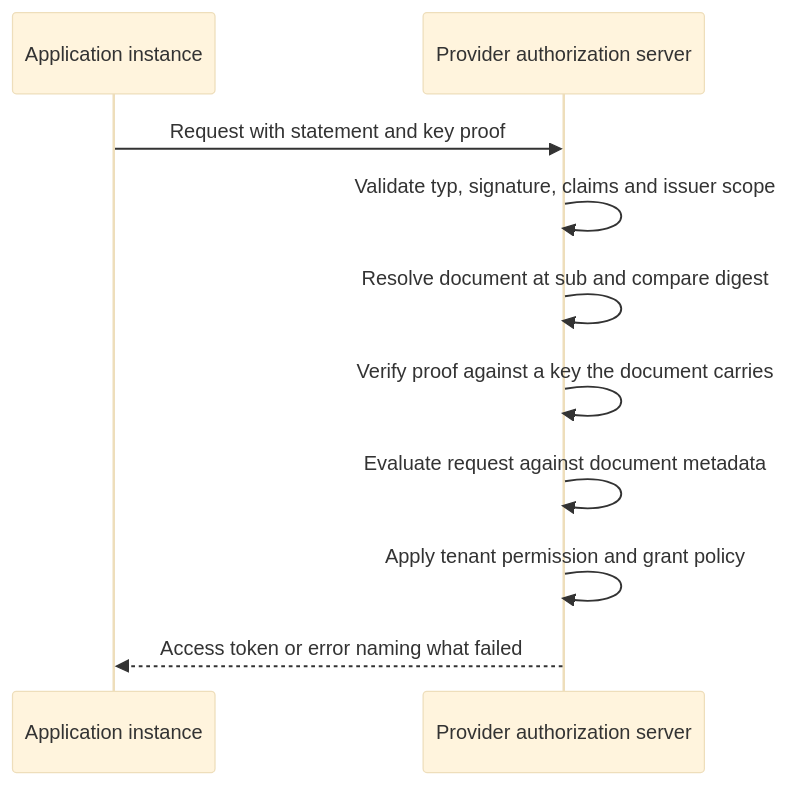
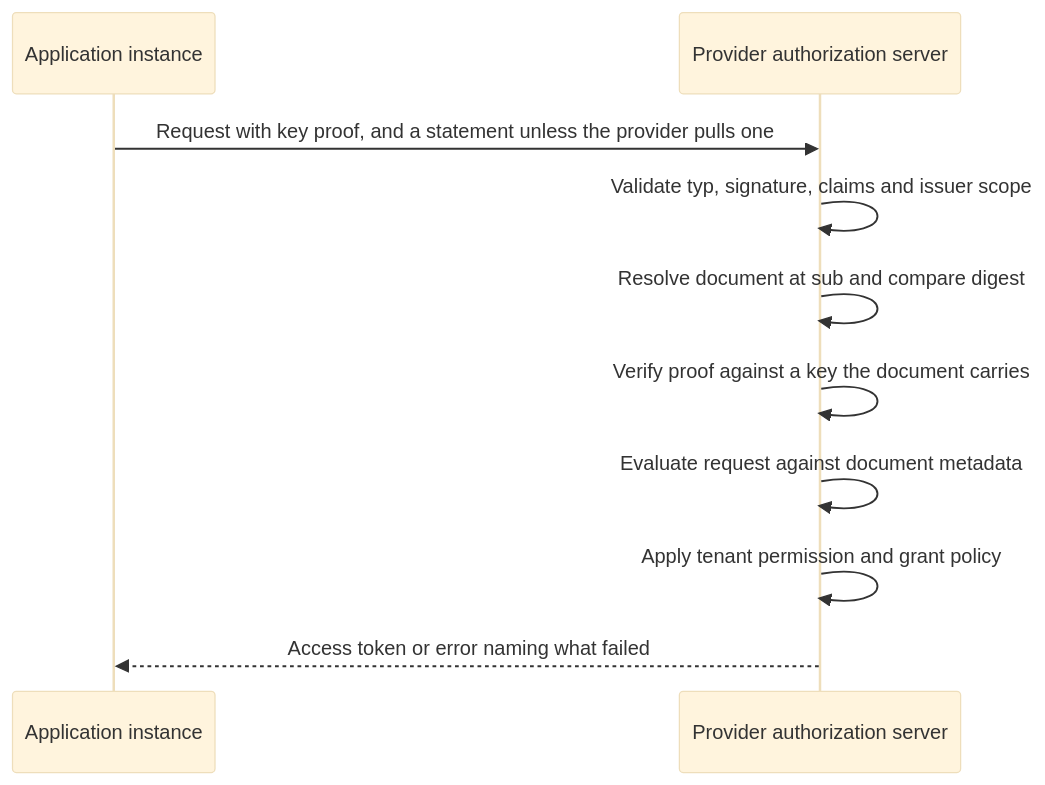
Before and after one commit to mcguinness/draft-mcguinness-oauth-software-statement-issuance: the diagram in sketches/deployment-model.md, drawn with Mermaid (base theme). The commit also changed other lines of this file, not shown here.

````diff
--- a/sketches/deployment-model.md
+++ b/sketches/deployment-model.md
@@ -83,12 +86,12 @@
 ```mermaid
 sequenceDiagram
     participant App as Application instance
     participant AS as Provider authorization server
-    App->>AS: Request with statement and key proof
+    App->>AS: Request with key proof, and a statement unless the provider pulls one
     AS->>AS: Validate typ, signature, claims and issuer scope
     AS->>AS: Resolve document at sub and compare digest
     AS->>AS: Verify proof against a key the document carries
     AS->>AS: Evaluate request against document metadata
     AS->>AS: Apply tenant permission and grant policy
     AS-->>App: Access token or error naming what failed
 ```
````
